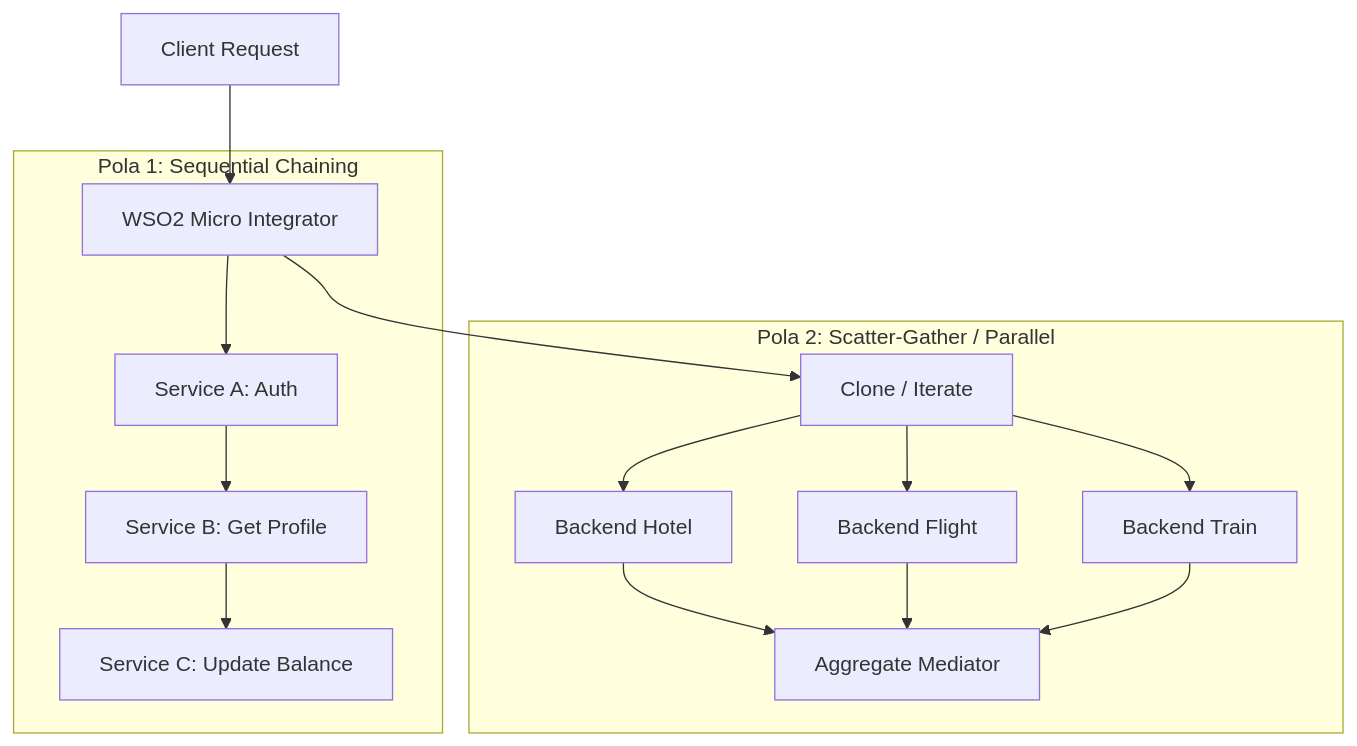
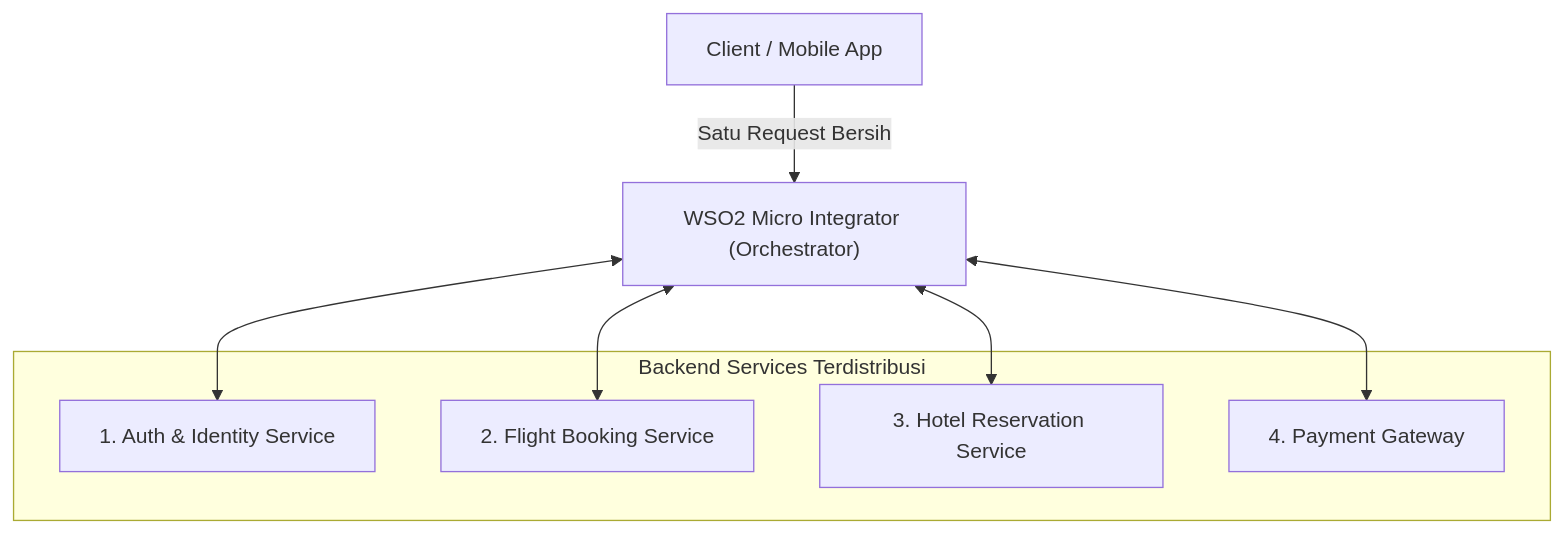
The first of 5 diagrams in materi/wso2/04_orchestration_dan_error_handling.md (jovancamorris/assa-learn-tech), drawn with Mermaid before and after one commit. The commit also changed other lines of this file and 1 other file, not shown here.

Commit message:
docs: add tutorial on WSO2 MI orchestration patterns and create TravelOrchestratorAPI template

````diff
--- a/materi/wso2/04_orchestration_dan_error_handling.md
+++ b/materi/wso2/04_orchestration_dan_error_handling.md
@@ -9,20 +19,16 @@
 ```mermaid
 graph TD
-    Client["Client Request"] --> WSO2["WSO2 Micro Integrator"]
-    
-    subgraph Sequential ["Pola 1: Sequential Chaining"]
-        WSO2 --> S1["Service A: Auth"]
-        S1 --> S2["Service B: Get Profile"]
-        S2 --> S3["Service C: Update Balance"]
+    Client["Client / Mobile App"] -->|"Satu Request Bersih"| WSO2["WSO2 Micro Integrator (Orchestrator)"]
+
+    subgraph BackendServices ["Backend Services Terdistribusi"]
+        S1["1. Auth & Identity Service"]
+        S2["2. Flight Booking Service"]
+        S3["3. Hotel Reservation Service"]
+        S4["4. Payment Gateway"]
     end
 
-    subgraph ScatterGather ["Pola 2: Scatter-Gather / Parallel"]
-        WSO2 --> C["Clone / Iterate"]
-        C --> B1["Backend Hotel"]
-        C --> B2["Backend Flight"]
-        C --> B3["Backend Train"]
-        B1 --> Agg["Aggregate Mediator"]
-        B2 --> Agg
-        B3 --> Agg
-    end
+    WSO2 <--> S1
+    WSO2 <--> S2
+    WSO2 <--> S3
+    WSO2 <--> S4
 ```
````
